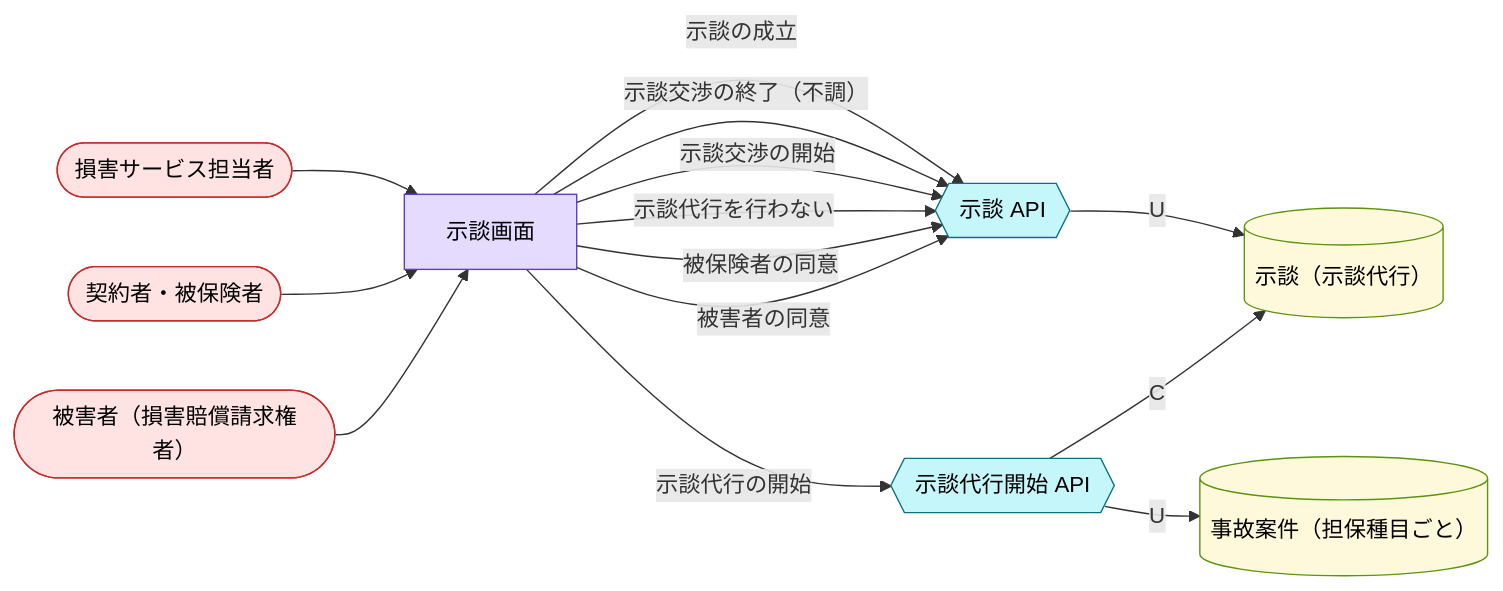
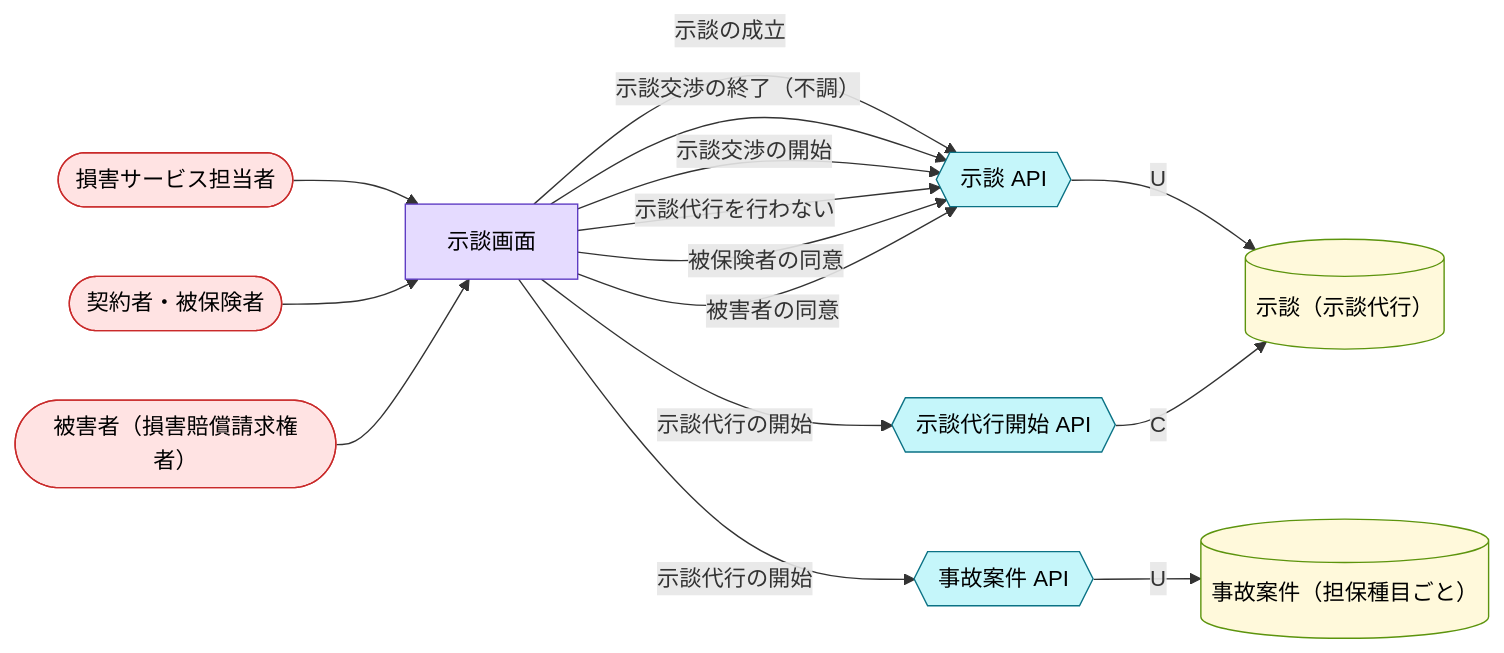
One commit to manji-0/rdra-ish-dsl changed the diagram in samples/insurance-claim-ops/out/buc/robustness_settlement.mmd. Above: the diagram before and after it, drawn with Mermaid. The commit also changed 46 other files, not shown here.

```diff
--- a/samples/insurance-claim-ops/out/buc/robustness_settlement.mmd
+++ b/samples/insurance-claim-ops/out/buc/robustness_settlement.mmd
@@ -1,29 +1,31 @@
 %% rdra-ish diagram=robustness scope=buc:BucSettlement model=samples/insurance-claim-ops
 %% kinds: actor screen api entity
 %% omitted: buc step medium permission event condition
 flowchart LR
   actor__ClaimHandler(["損害サービス担当者"]):::actor
   actor__PolicyHolder(["契約者・被保険者"]):::actor
   actor__Victim(["被害者（損害賠償請求権者）"]):::actor
   screen__SettlementScreen["示談画面"]:::screen
+  api__CaseApi{{"事故案件 API"}}:::api
   api__SettlementApi{{"示談 API"}}:::api
   api__SettlementCreateApi{{"示談代行開始 API"}}:::api
   entity__ClaimCase[("事故案件（担保種目ごと）")]:::entity
   entity__Settlement[("示談（示談代行）")]:::entity
   actor__ClaimHandler --> screen__SettlementScreen
   actor__PolicyHolder --> screen__SettlementScreen
   actor__Victim --> screen__SettlementScreen
+  api__CaseApi -->|U| entity__ClaimCase
   api__SettlementApi -->|U| entity__Settlement
   api__SettlementCreateApi -->|C| entity__Settlement
-  api__SettlementCreateApi -->|U| entity__ClaimCase
   screen__SettlementScreen -->|示談の成立| api__SettlementApi
   screen__SettlementScreen -->|示談交渉の終了（不調）| api__SettlementApi
   screen__SettlementScreen -->|示談交渉の開始| api__SettlementApi
+  screen__SettlementScreen -->|示談代行の開始| api__CaseApi
   screen__SettlementScreen -->|示談代行の開始| api__SettlementCreateApi
   screen__SettlementScreen -->|示談代行を行わない| api__SettlementApi
   screen__SettlementScreen -->|被保険者の同意| api__SettlementApi
   screen__SettlementScreen -->|被害者の同意| api__SettlementApi
   classDef actor fill:#ffe3e3,stroke:#c92a2a,color:#000;
   classDef screen fill:#e5dbff,stroke:#5f3dc4,color:#000;
   classDef api fill:#c5f6fa,stroke:#0b7285,color:#000;
   classDef entity fill:#fff9db,stroke:#5c940d,color:#000;
```
